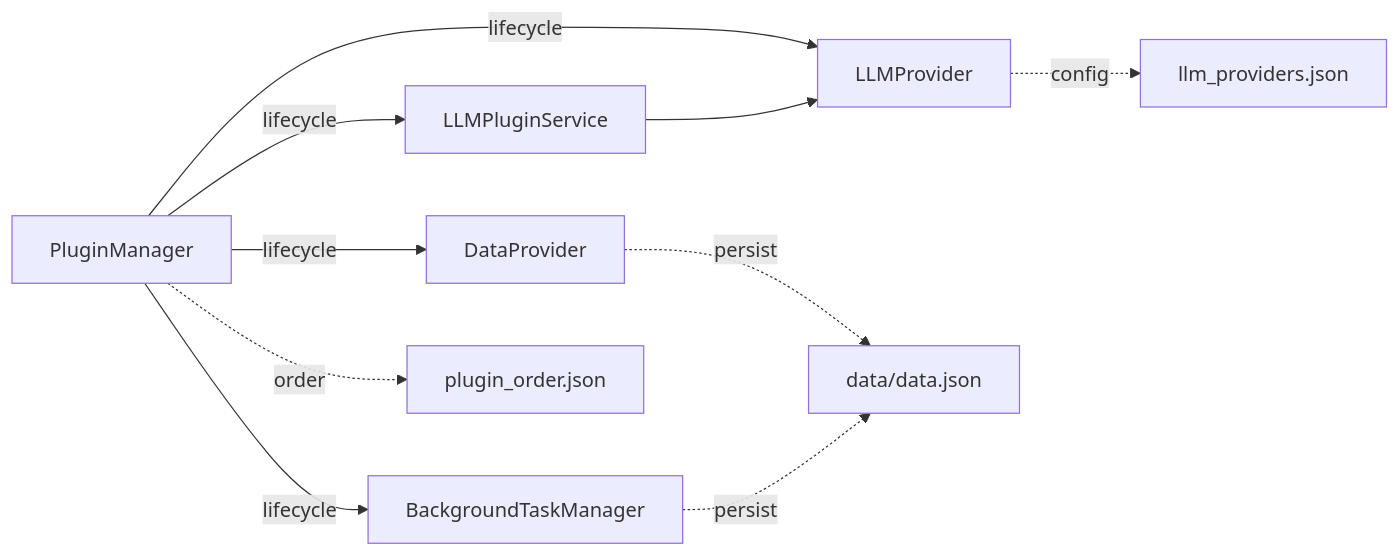
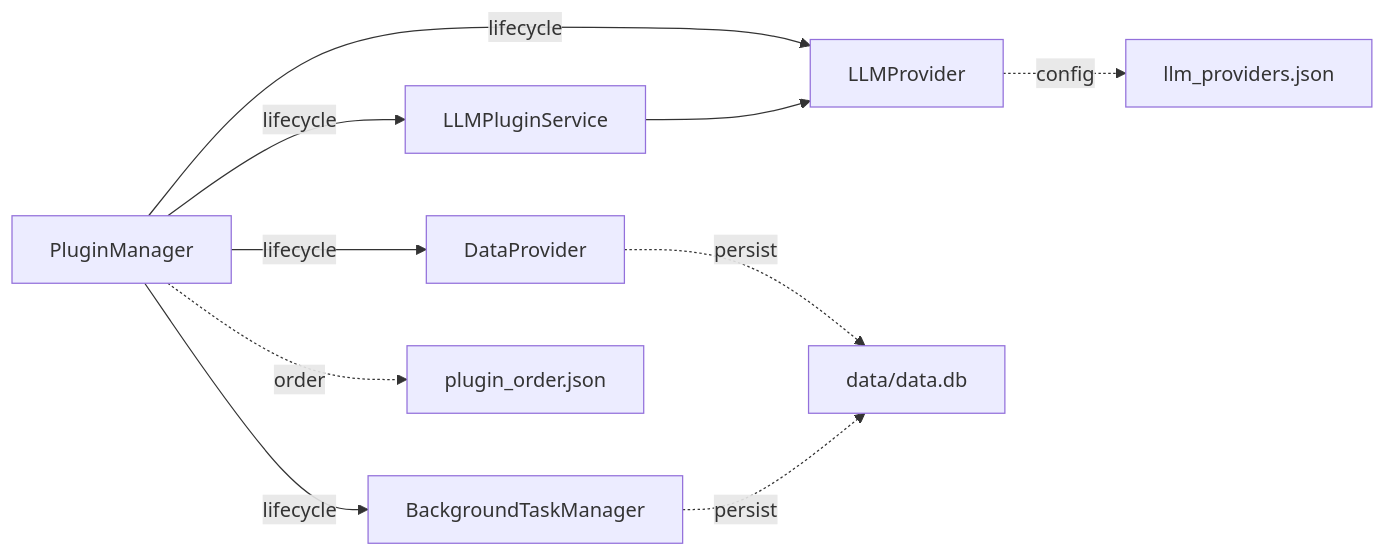
The second of 14 diagrams in docs/architecture/full-analysis.md (KKPIP-Tech/InstructionX), drawn with Mermaid before and after one commit. The commit also changed other lines of this file and 24 other files, not shown here.

````diff
--- a/docs/architecture/full-analysis.md
+++ b/docs/architecture/full-analysis.md
@@ -168,13 +170,13 @@
 ```mermaid
 graph LR
     PM[PluginManager] -->|lifecycle| DP[DataProvider]
     PM -->|lifecycle| BTM[BackgroundTaskManager]
     PM -->|lifecycle| LLMP[LLMProvider]
     PM -->|lifecycle| LLMS[LLMPluginService]
 
-    DP -.->|persist| storage[data/data.json]
+    DP -.->|persist| storage[data/data.db]
     BTM -.->|persist| storage
     LLMP -.->|config| llmcfg[llm_providers.json]
     LLMS --> LLMP
     PM -.->|order| porder[plugin_order.json]
 ```
````
